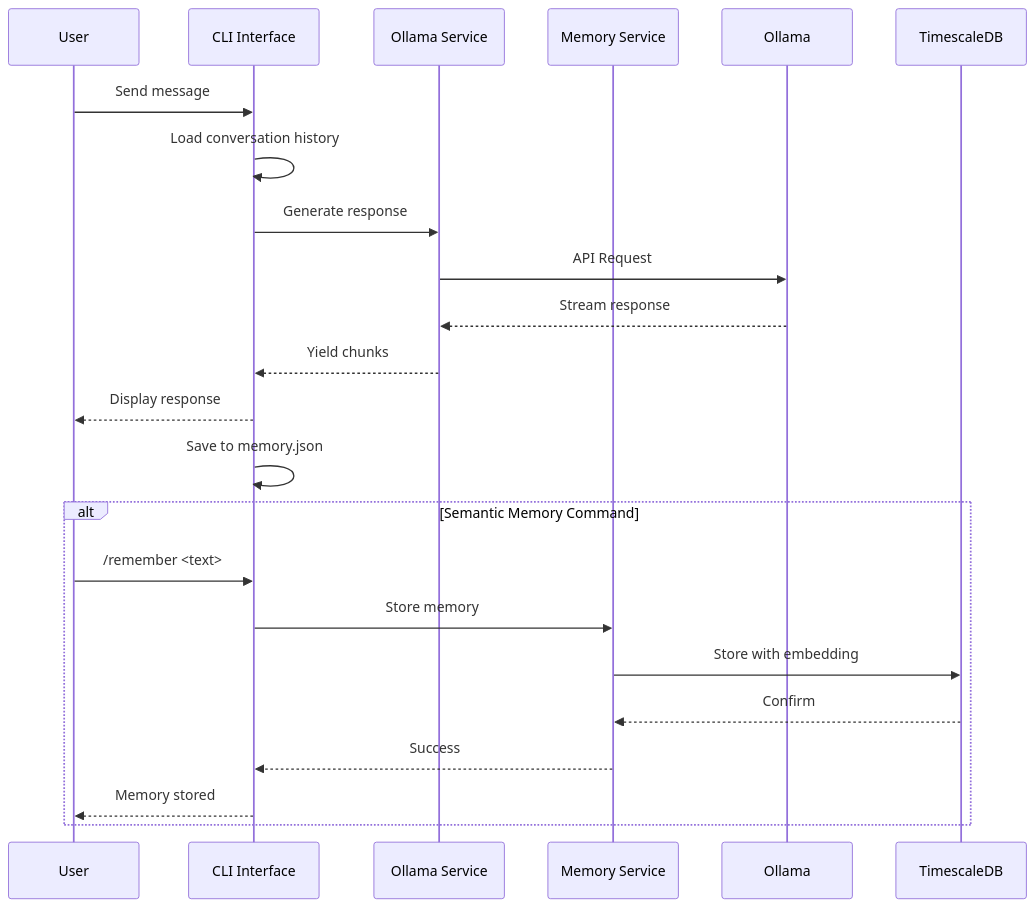
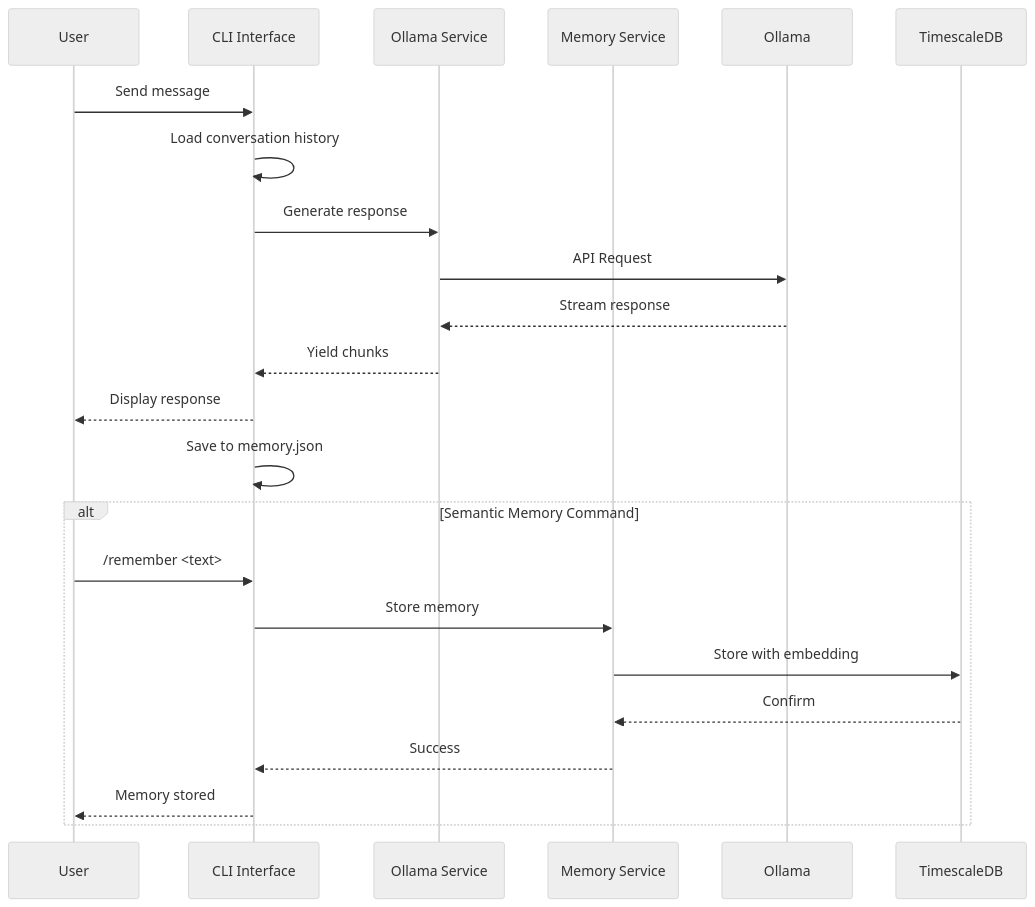
One commit to anchildress1/my-hermantic-agent changed the second of 4 diagrams in docs/system-architecture.md. Above: the diagram before and after it, drawn with Mermaid. The commit also changed other lines of this file and 6 other files, not shown here.

First line of the commit message:
refactor: implement Pydantic Settings and enhance Mermaid diagrams

````diff
--- a/docs/system-architecture.md
+++ b/docs/system-architecture.md
@@ -55,33 +50,28 @@
 ```mermaid
----
-config:
-  accessibility:
-    - label: Data Flow
-    - description: Sequence diagram showing message flow
----
+%%{init: {'theme': 'neutral'}}%%
 sequenceDiagram
     participant User
     participant Chat as CLI Interface
     participant OllamaSvc as Ollama Service
     participant MemorySvc as Memory Service
     participant Ollama
     participant TimescaleDB
 
     User->>Chat: Send message
     Chat->>Chat: Load conversation history
     Chat->>OllamaSvc: Generate response
     OllamaSvc->>Ollama: API Request
     Ollama-->>OllamaSvc: Stream response
     OllamaSvc-->>Chat: Yield chunks
     Chat-->>User: Display response
     Chat->>Chat: Save to memory.json
 
     alt Semantic Memory Command
         User->>Chat: /remember <text>
         Chat->>MemorySvc: Store memory
         MemorySvc->>TimescaleDB: Store with embedding
         TimescaleDB-->>MemorySvc: Confirm
         MemorySvc-->>Chat: Success
         Chat-->>User: Memory stored
     end
 ```
````
